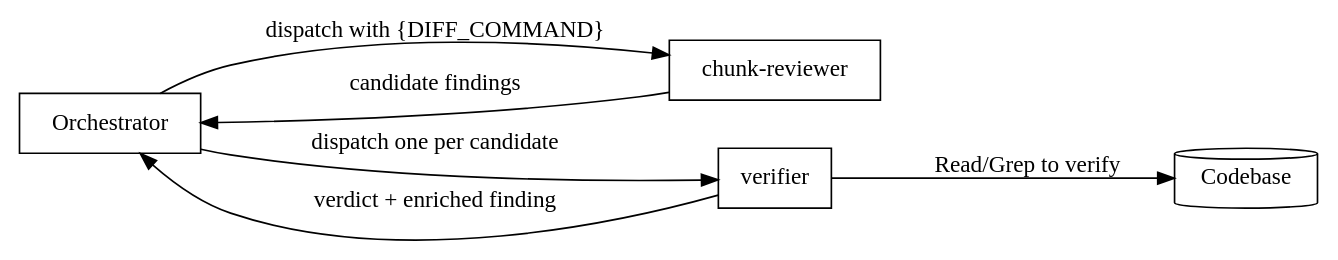
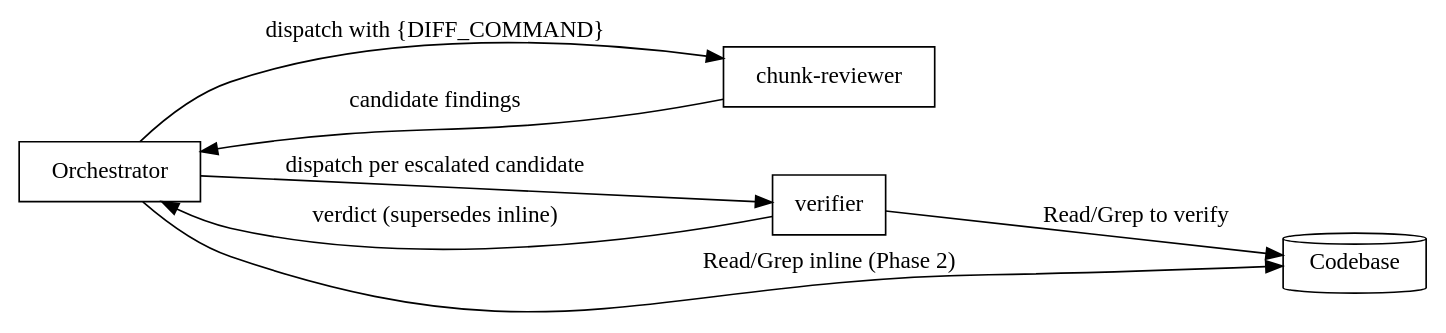
The diagram in skills/code-review/SKILL.md (toongri/oh-my-toong-playground), drawn with Graphviz before and after one commit. The commit also changed other lines of this file, not shown here.

````diff
--- a/skills/code-review/SKILL.md
+++ b/skills/code-review/SKILL.md
@@ -52,14 +53,15 @@
 ```dot
 digraph role_separation {
     rankdir=LR;
     "Orchestrator" [shape=box];
     "chunk-reviewer" [shape=box];
     "verifier" [shape=box];
     "Codebase" [shape=cylinder];
     "Orchestrator" -> "chunk-reviewer" [label="dispatch with {DIFF_COMMAND}"];
     "chunk-reviewer" -> "Orchestrator" [label="candidate findings"];
-    "Orchestrator" -> "verifier" [label="dispatch one per candidate"];
+    "Orchestrator" -> "Codebase" [label="Read/Grep inline (Phase 2)"];
+    "Orchestrator" -> "verifier" [label="dispatch per escalated candidate"];
     "verifier" -> "Codebase" [label="Read/Grep to verify"];
-    "verifier" -> "Orchestrator" [label="verdict + enriched finding"];
+    "verifier" -> "Orchestrator" [label="verdict (supersedes inline)"];
 }
 ```
````
